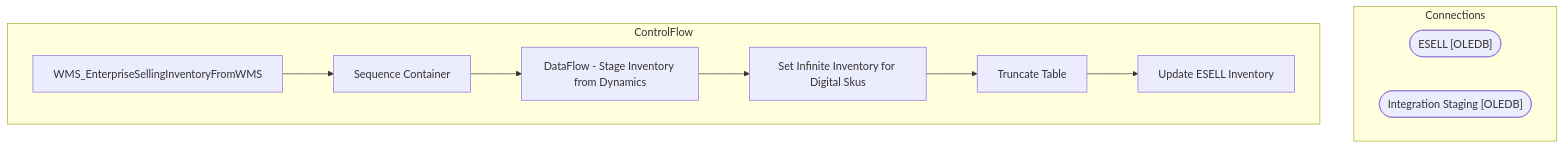
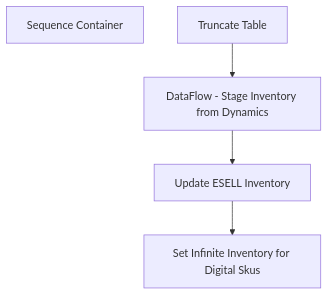
One commit to juanandresbrain/BABSkills changed the diagram in bab-docs-explorer/Documentation/STL-SSIS-P-01/SSIS/WMS/WMS_EnterpriseSellingInventoryFromWMS.WMS_EnterpriseSellingInventoryFromWMS.md. Above: the diagram before and after it, drawn with Mermaid. The commit also changed other lines of this file and 273 other files, not shown here.

````diff
--- a/bab-docs-explorer/Documentation/STL-SSIS-P-01/SSIS/WMS/WMS_EnterpriseSellingInventoryFromWMS.WMS_EnterpriseSellingInventoryFromWMS.md
+++ b/bab-docs-explorer/Documentation/STL-SSIS-P-01/SSIS/WMS/WMS_EnterpriseSellingInventoryFromWMS.WMS_EnterpriseSellingInventoryFromWMS.md
@@ -9,20 +37,11 @@
 ```mermaid
 flowchart TD
-    subgraph Connections
-        ESELL_conn(["ESELL [OLEDB]"])
-        Integration_Staging_conn(["Integration Staging [OLEDB]"])
-    end
-    subgraph ControlFlow
-        WMS_EnterpriseSellingInventoryFromWMS_task["WMS_EnterpriseSellingInventoryFromWMS"]
-        Sequence_Container_task["Sequence Container"]
-        WMS_EnterpriseSellingInventoryFromWMS_task --> Sequence_Container_task
-        DataFlow___Stage_Inventory_from_Dynamics_task["DataFlow - Stage Inventory from Dynamics"]
-        Sequence_Container_task --> DataFlow___Stage_Inventory_from_Dynamics_task
-        Set_Infinite_Inventory_for_Digital_Skus_task["Set Infinite Inventory for Digital Skus"]
-        DataFlow___Stage_Inventory_from_Dynamics_task --> Set_Infinite_Inventory_for_Digital_Skus_task
-        Truncate_Table_task["Truncate Table"]
-        Set_Infinite_Inventory_for_Digital_Skus_task --> Truncate_Table_task
-        Update_ESELL_Inventory_task["Update ESELL Inventory"]
-        Truncate_Table_task --> Update_ESELL_Inventory_task
-    end
+    n_Package_Sequence_Container["Sequence Container"]
+    n_Package_Sequence_Container_DataFlow___Stage_Inventory_from_Dynamics["DataFlow - Stage Inventory from Dynamics"]
+    n_Package_Sequence_Container_Set_Infinite_Inventory_for_Digital_Skus["Set Infinite Inventory for Digital Skus"]
+    n_Package_Sequence_Container_Truncate_Table["Truncate Table"]
+    n_Package_Sequence_Container_Update_ESELL_Inventory["Update ESELL Inventory"]
+    n_Package_Sequence_Container_Truncate_Table --> n_Package_Sequence_Container_DataFlow___Stage_Inventory_from_Dynamics
+    n_Package_Sequence_Container_DataFlow___Stage_Inventory_from_Dynamics --> n_Package_Sequence_Container_Update_ESELL_Inventory
+    n_Package_Sequence_Container_Update_ESELL_Inventory --> n_Package_Sequence_Container_Set_Infinite_Inventory_for_Digital_Skus
 ```
````
